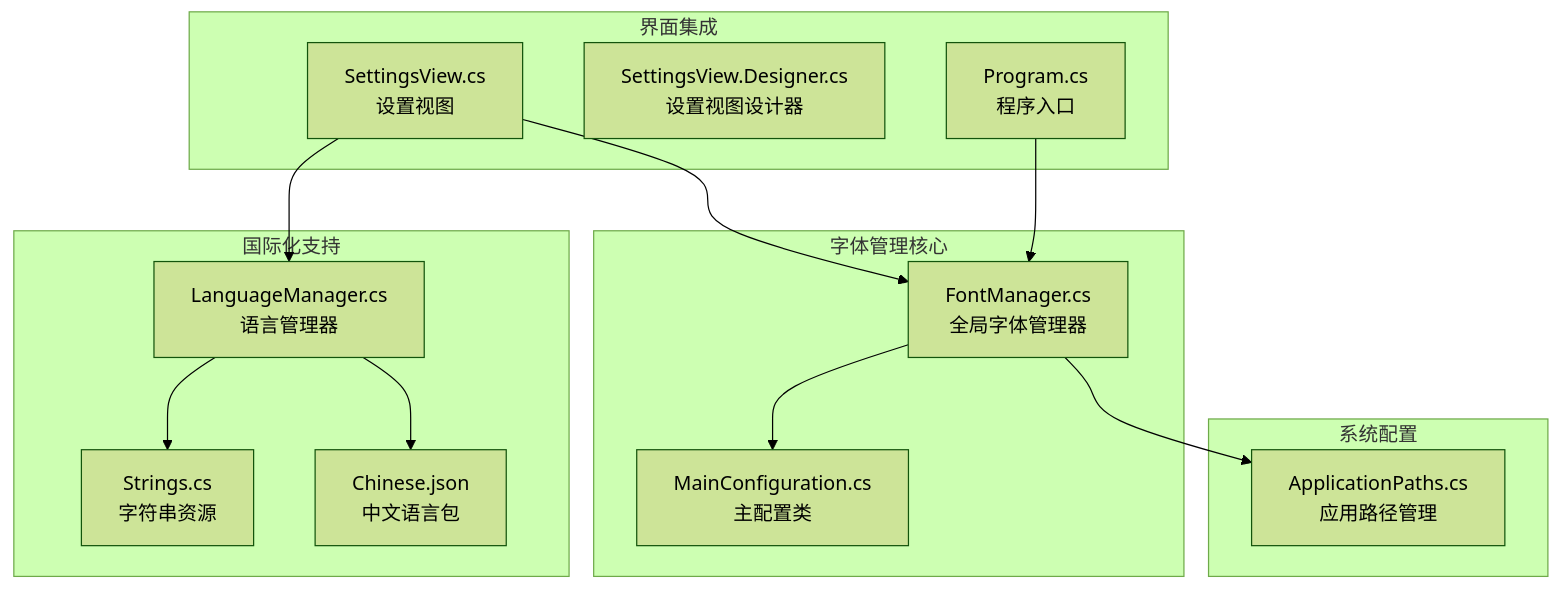
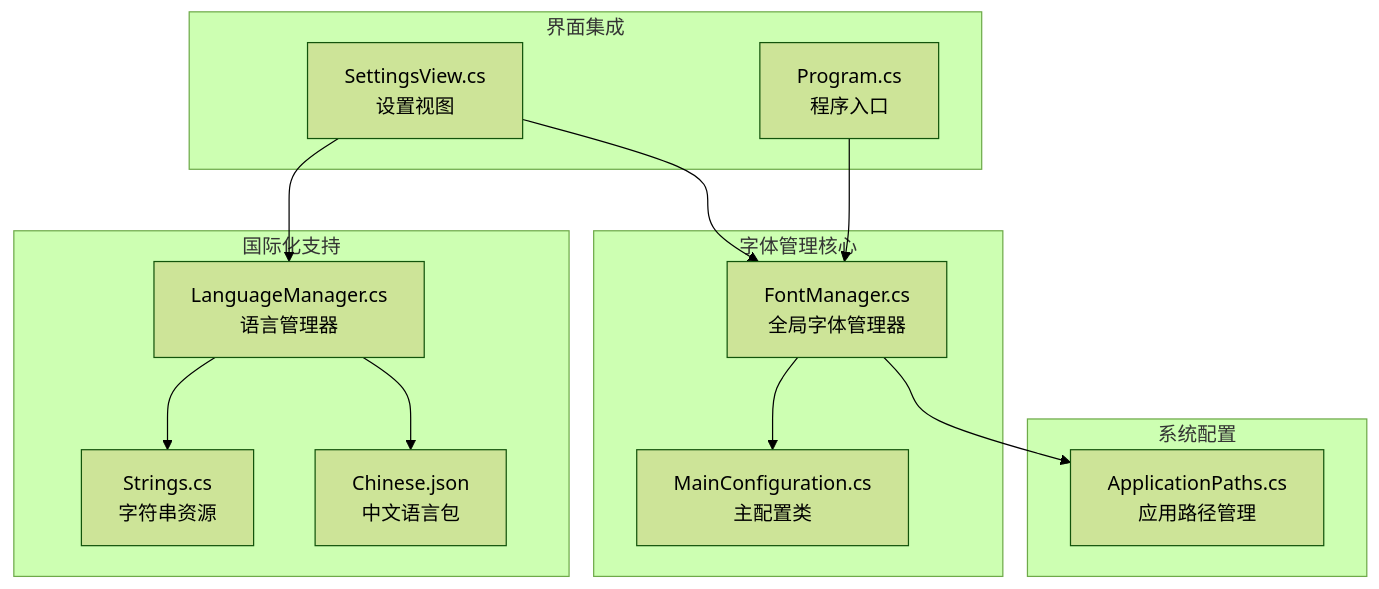
One commit to tea4go/Macro-Deck changed the first of 8 diagrams in .qoder/repowiki/zh/content/工具类库/字体管理系统.md. Above: the diagram before and after it, drawn with Mermaid (forest theme). The commit also changed other lines of this file and 22 other files, not shown here.

````diff
--- a/.qoder/repowiki/zh/content/工具类库/字体管理系统.md
+++ b/.qoder/repowiki/zh/content/工具类库/字体管理系统.md
@@ -37,27 +46,26 @@
 ```mermaid
 graph TB
 subgraph "字体管理核心"
 FM[FontManager.cs<br/>全局字体管理器]
 MC[MainConfiguration.cs<br/>主配置类]
 end
 subgraph "界面集成"
 SV[SettingsView.cs<br/>设置视图]
-SD[SettingsView.Designer.cs<br/>设置视图设计器]
 PR[Program.cs<br/>程序入口]
 end
 subgraph "国际化支持"
 LM[LanguageManager.cs<br/>语言管理器]
 STR[Strings.cs<br/>字符串资源]
 CJ[Chinese.json<br/>中文语言包]
 end
 subgraph "系统配置"
 AP[ApplicationPaths.cs<br/>应用路径管理]
 end
 FM --> MC
 SV --> FM
 PR --> FM
 LM --> STR
 LM --> CJ
 SV --> LM
 FM --> AP
 ```
````
